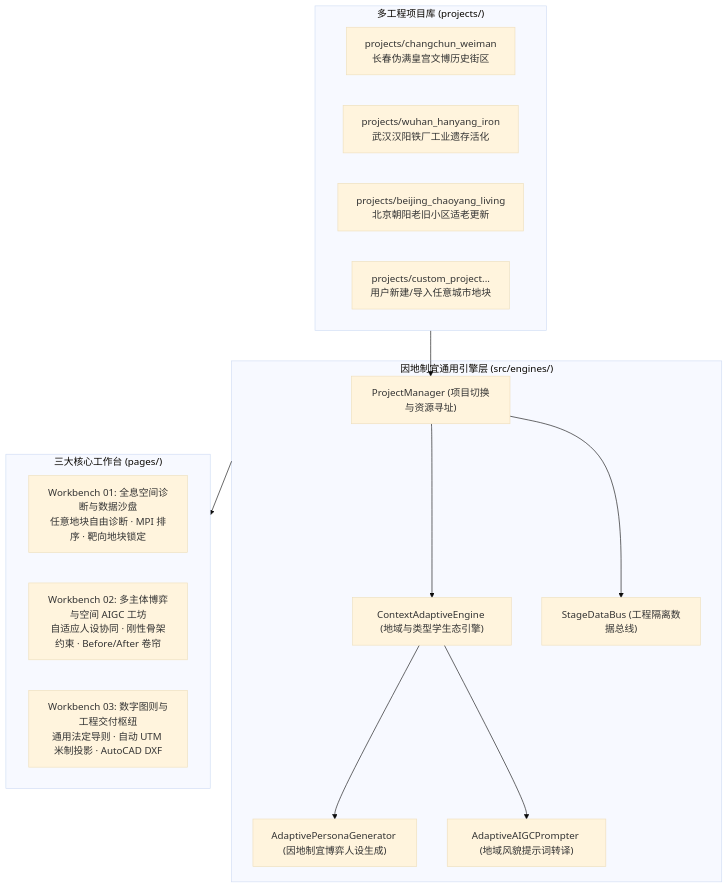
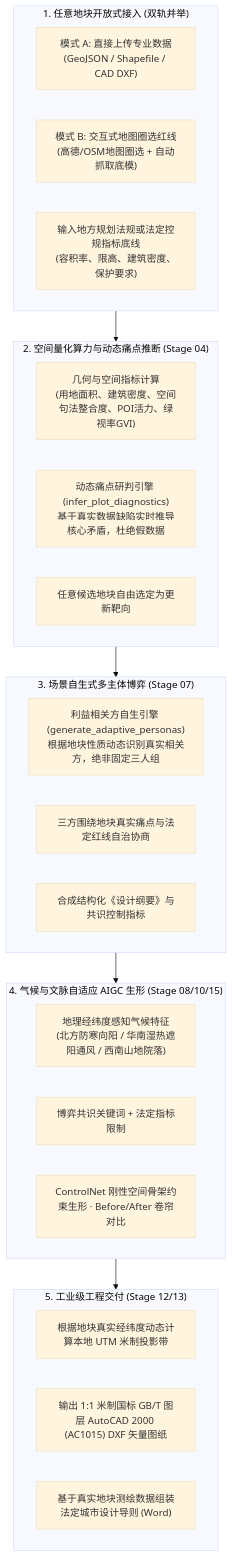
Before and after one commit to Chain813/ultimate-design: the diagram in docs/superpowers/specs/2026-10-12-multi-project-adaptive-platform-design.md, drawn with Mermaid (base theme). The commit also changed other lines of this file, not shown here.

Commit message:
docs: update spec to zero-preset pure data-driven adaptive architecture

````diff
--- a/docs/superpowers/specs/2026-10-12-multi-project-adaptive-platform-design.md
+++ b/docs/superpowers/specs/2026-10-12-multi-project-adaptive-platform-design.md
@@ -16,30 +13,34 @@
 ```mermaid
 flowchart TD
-    subgraph MultiProjects["多工程项目库 (projects/)"]
-        P1["projects/changchun_weiman<br/>长春伪满皇宫文博历史街区"]
-        P2["projects/wuhan_hanyang_iron<br/>武汉汉阳铁厂工业遗存活化"]
-        P3["projects/beijing_chaoyang_living<br/>北京朝阳老旧小区适老更新"]
-        P_New["projects/custom_project...<br/>用户新建/导入任意城市地块"]
+    subgraph S1["1. 任意地块开放式接入 (双轨并举)"]
+        A1["模式 A: 直接上传专业数据<br/>(GeoJSON / Shapefile / CAD DXF)"]
+        A2["模式 B: 交互式地图圈选红线<br/>(高德/OSM地图圈选 + 自动抓取底模)"]
+        A3["输入地方规划法规或法定控规指标底线<br/>(容积率、限高、建筑密度、保护要求)"]
     end
 
-    subgraph CoreEngine["因地制宜通用引擎层 (src/engines/)"]
-        PM["ProjectManager (项目切换与资源寻址)"]
-        CAE["ContextAdaptiveEngine (地域与类型学生态引擎)"]
-        PG["AdaptivePersonaGenerator (因地制宜博弈人设生成)"]
-        AG["AdaptiveAIGCPrompter (地域风貌提示词转译)"]
-        SDB["StageDataBus (工程隔离数据总线)"]
+    subgraph S2["2. 空间量化算力与动态痛点推断 (Stage 04)"]
+        B1["几何与空间指标计算<br/>(用地面积、建筑密度、空间句法整合度、POI活力、绿视率GVI)"]
+        B2["动态痛点研判引擎 (infer_plot_diagnostics)<br/>基于真实数据缺陷实时推导核心矛盾，杜绝假数据"]
+        B3["任意候选地块自由选定为更新靶向"]
     end
 
-    subgraph Workbenches["三大核心工作台 (pages/)"]
-        WB1["Workbench 01: 全息空间诊断与数据沙盘<br/>任意地块自由诊断 · MPI 排序 · 靶向地块锁定"]
-        WB2["Workbench 02: 多主体博弈与空间 AIGC 工坊<br/>自适应人设协同 · 刚性骨架约束 · Before/After 卷帘"]
-        WB3["Workbench 03: 数字图则与工程交付枢纽<br/>通用法定导则 · 自动 UTM 米制投影 · AutoCAD DXF"]
+    subgraph S3["3. 场景自生式多主体博弈 (Stage 07)"]
+        C1["利益相关方自生引擎 (generate_adaptive_personas)<br/>根据地块性质动态识别真实相关方，绝非固定三人组"]
+        C2["三方围绕地块真实痛点与法定红线自治协商"]
+        C3["合成结构化《设计纲要》与共识控制指标"]
     end
 
-    MultiProjects --> PM
-    PM --> CAE
-    CAE --> PG
-    CAE --> AG
-    PM --> SDB
-    CoreEngine --> Workbenches
+    subgraph S4["4. 气候与文脉自适应 AIGC 生形 (Stage 08/10/15)"]
+        D1["地理经纬度感知气候特征<br/>(北方防寒向阳 / 华南湿热遮阳通风 / 西南山地院落)"]
+        D2["博弈共识关键词 + 法定指标限制"]
+        D3["ControlNet 刚性空间骨架约束生形 · Before/After 卷帘对比"]
+    end
+
+    subgraph S5["5. 工业级工程交付 (Stage 12/13)"]
+        E1["根据地块真实经纬度动态计算本地 UTM 米制投影带"]
+        E2["输出 1:1 米制国标 GB/T 图层 AutoCAD 2000 (AC1015) DXF 矢量图纸"]
+        E3["基于真实地块测绘数据组装法定城市设计导则 (Word)"]
+    end
+
+    S1 --> S2 --> S3 --> S4 --> S5
 ```
````
